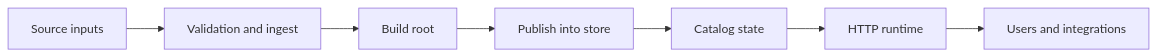
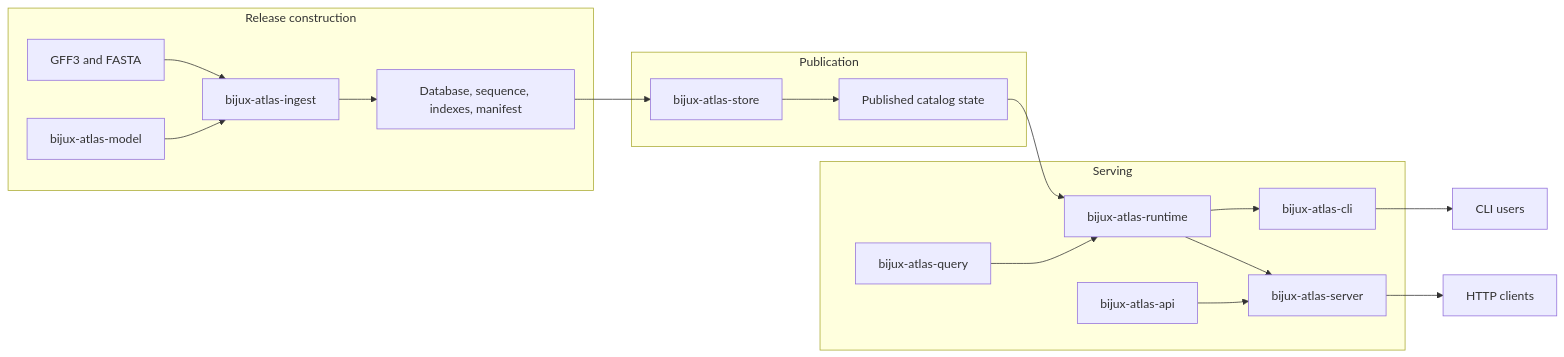
Before and after one commit to bijux/bijux-atlas: the first of 3 diagrams in docs/bijux-atlas/runtime/system-overview.md, drawn with Mermaid. The commit also changed other lines of this file and 2 other files, not shown here.

Commit message:
docs(runtime): define product and request architecture

````diff
--- a/docs/bijux-atlas/runtime/system-overview.md
+++ b/docs/bijux-atlas/runtime/system-overview.md
@@ -17,9 +19,21 @@
 ```mermaid
 flowchart LR
-    Inputs[Source inputs] --> Ingest[Validation and ingest]
-    Ingest --> Build[Build root]
-    Build --> Publish[Publish into store]
-    Publish --> Catalog[Catalog state]
-    Catalog --> Runtime[HTTP runtime]
-    Runtime --> Clients[Users and integrations]
+    subgraph Build[Release construction]
+        Source[GFF3 and FASTA] --> Ingest[bijux-atlas-ingest]
+        Model[bijux-atlas-model] --> Ingest
+        Ingest --> Artifacts[Database, sequence, indexes, manifest]
+    end
+    subgraph Publication[Publication]
+        Artifacts --> Store[bijux-atlas-store]
+        Store --> Catalog[Published catalog state]
+    end
+    subgraph Runtime[Serving]
+        Catalog --> Orchestrator[bijux-atlas-runtime]
+        Query[bijux-atlas-query] --> Orchestrator
+        Orchestrator --> CLI[bijux-atlas-cli]
+        Orchestrator --> Server[bijux-atlas-server]
+        API[bijux-atlas-api] --> Server
+    end
+    Server --> Clients[HTTP clients]
+    CLI --> Users[CLI users]
 ```
````
